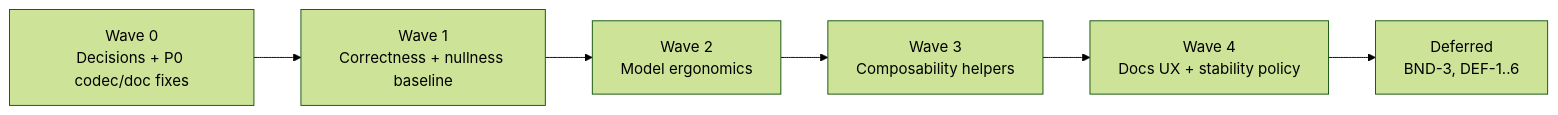
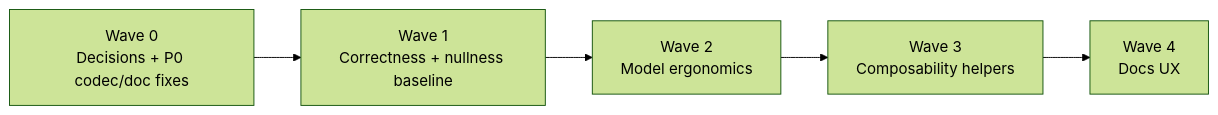
Before and after one commit to thiagogcm/otlp4j: the second of 2 diagrams in backlog.md, drawn with Mermaid (forest theme). The commit also changed other lines of this file, not shown here.

````diff
--- a/backlog.md
+++ b/backlog.md
@@ -264,4 +234,4 @@
 ```mermaid
 flowchart LR
-  W0["Wave 0<br/>Decisions + P0 codec/doc fixes"] --> W1["Wave 1<br/>Correctness + nullness baseline"] --> W2["Wave 2<br/>Model ergonomics"] --> W3["Wave 3<br/>Composability helpers"] --> W4["Wave 4<br/>Docs UX + stability policy"] --> WD["Deferred<br/>BND-3, DEF-1..6"]
+  W0["Wave 0<br/>Decisions + P0 codec/doc fixes"] --> W1["Wave 1<br/>Correctness + nullness baseline"] --> W2["Wave 2<br/>Model ergonomics"] --> W3["Wave 3<br/>Composability helpers"] --> W4["Wave 4<br/>Docs UX"]
 ```
````
